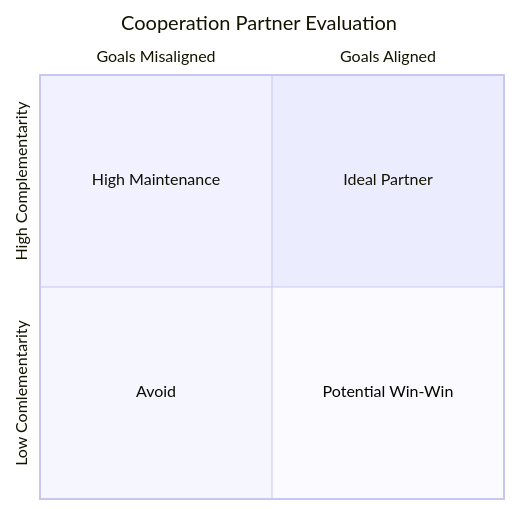
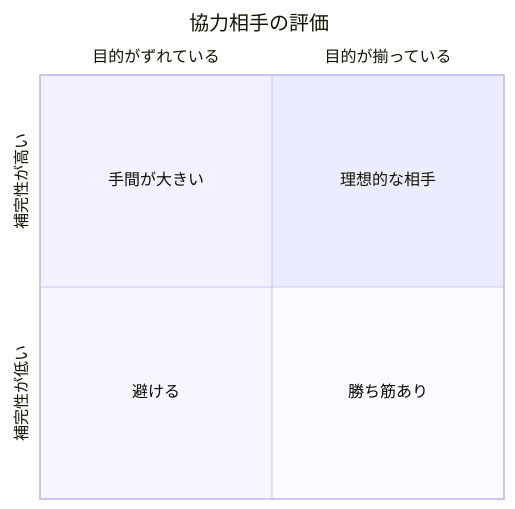
One commit to wardley-leadership-strategies-ja/wardley-leadership-strategies-ja.github.io changed the second of 2 diagrams in docs/strategies/accelerators/cooperation/index.md. Above: the diagram before and after it, drawn with Mermaid. The commit also changed other lines of this file and 3 other files, not shown here.

````diff
--- a/docs/strategies/accelerators/cooperation/index.md
+++ b/docs/strategies/accelerators/cooperation/index.md
@@ -217,10 +234,10 @@
 ```mermaid
 quadrantChart
-    title Cooperation Partner Evaluation
-    x-axis Goals Misaligned --> Goals Aligned
-    y-axis Low Comlementarity --> High Complementarity
-    quadrant-3 Avoid
-    quadrant-2 High Maintenance
-    quadrant-4 Potential Win-Win
-    quadrant-1 Ideal Partner
+    title 協力相手の評価
+    x-axis 目的がずれている --> 目的が揃っている
+    y-axis 補完性が低い --> 補完性が高い
+    quadrant-3 避ける
+    quadrant-2 手間が大きい
+    quadrant-4 勝ち筋あり
+    quadrant-1 理想的な相手
 ```
````
